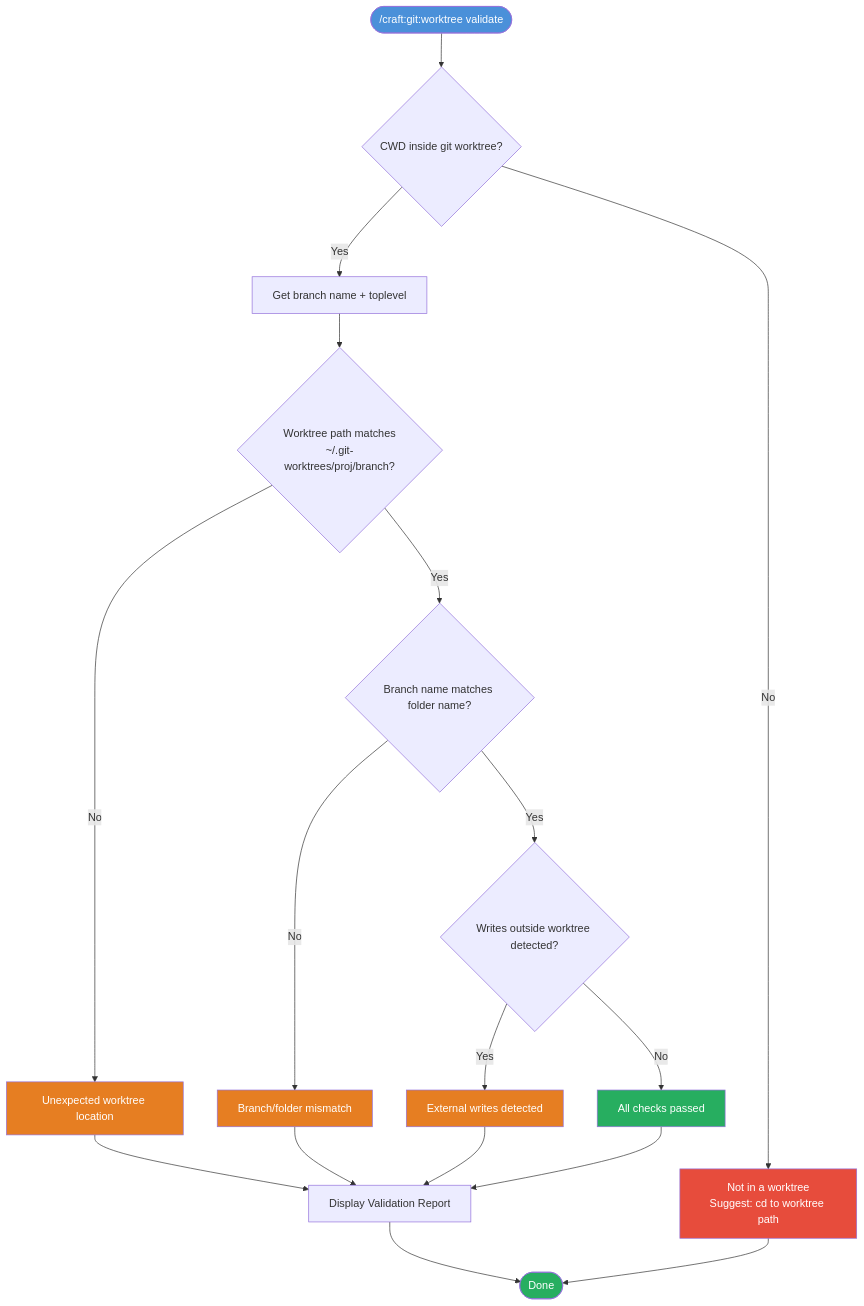
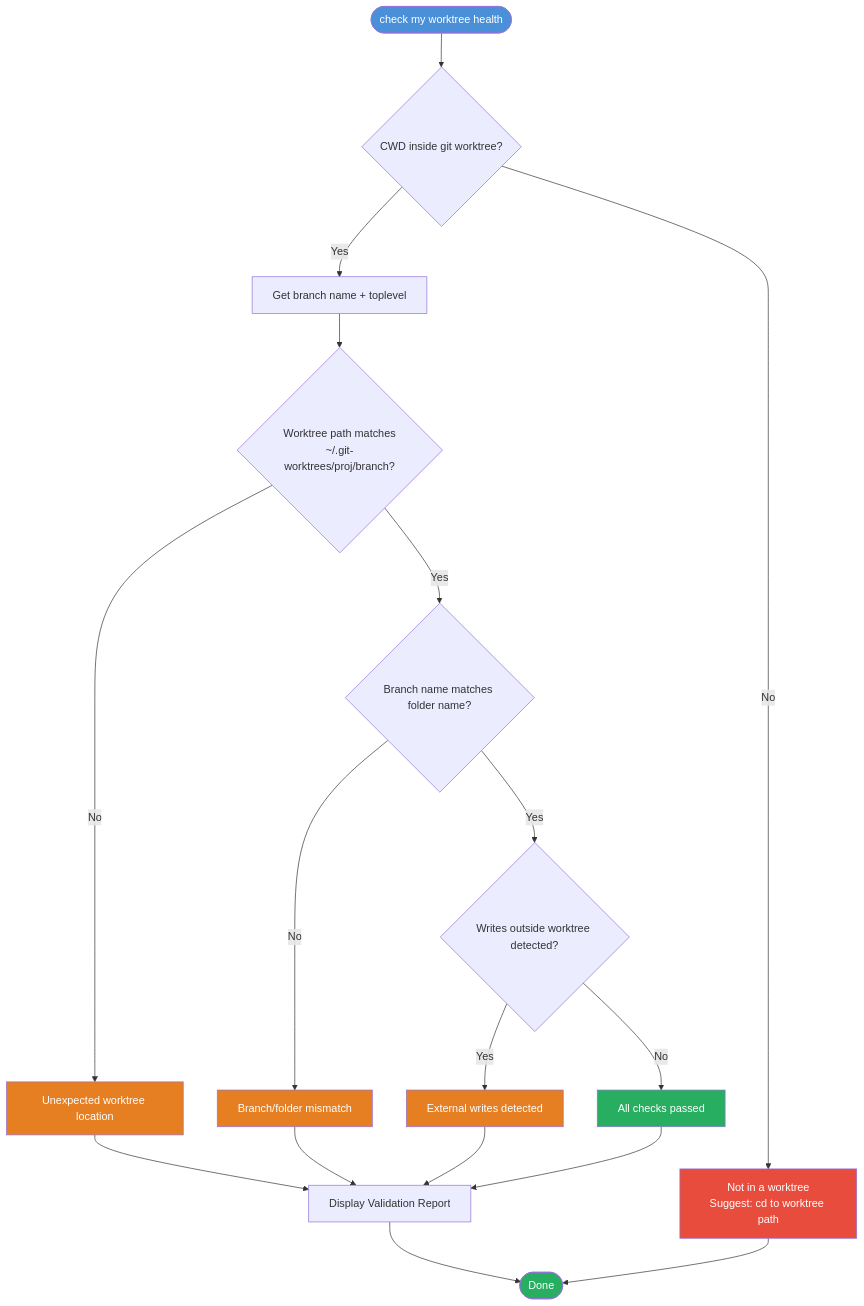
The fifth of 8 diagrams in docs/guide/insights-improvements-guide.md (Data-Wise/craft), drawn with Mermaid before and after one commit. The commit also changed other lines of this file and 37 other files, not shown here.

First line of the commit message:
docs: fix stale /craft:git:* references across live docs and skills

````diff
--- a/docs/guide/insights-improvements-guide.md
+++ b/docs/guide/insights-improvements-guide.md
@@ -203,33 +205,33 @@
 ```mermaid
 flowchart TD
-    Start(["/craft:git:worktree validate"]) --> C1{CWD inside git worktree?}
+    Start(["check my worktree health"]) --> C1{CWD inside git worktree?}
     C1 -->|No| Fail1["Not in a worktree\nSuggest: cd to worktree path"]
     C1 -->|Yes| C2[Get branch name + toplevel]
 
     C2 --> C3{Worktree path matches\n~/.git-worktrees/proj/branch?}
     C3 -->|No| Warn1["Unexpected worktree location"]
     C3 -->|Yes| C4{Branch name matches folder name?}
 
     C4 -->|No| Warn2["Branch/folder mismatch"]
     C4 -->|Yes| C5{Writes outside worktree detected?}
 
     C5 -->|Yes| Warn3["External writes detected"]
     C5 -->|No| Pass["All checks passed"]
 
     Warn1 --> Report
     Warn2 --> Report
     Warn3 --> Report
     Pass --> Report
 
     Report[Display Validation Report]
     Report --> Done([Done])
     Fail1 --> Done
 
     style Start fill:#4A90D9,color:#fff
     style Done fill:#27AE60,color:#fff
     style Pass fill:#27AE60,color:#fff
     style Fail1 fill:#E74C3C,color:#fff
     style Warn1 fill:#E67E22,color:#fff
     style Warn2 fill:#E67E22,color:#fff
     style Warn3 fill:#E67E22,color:#fff
 ```
````
